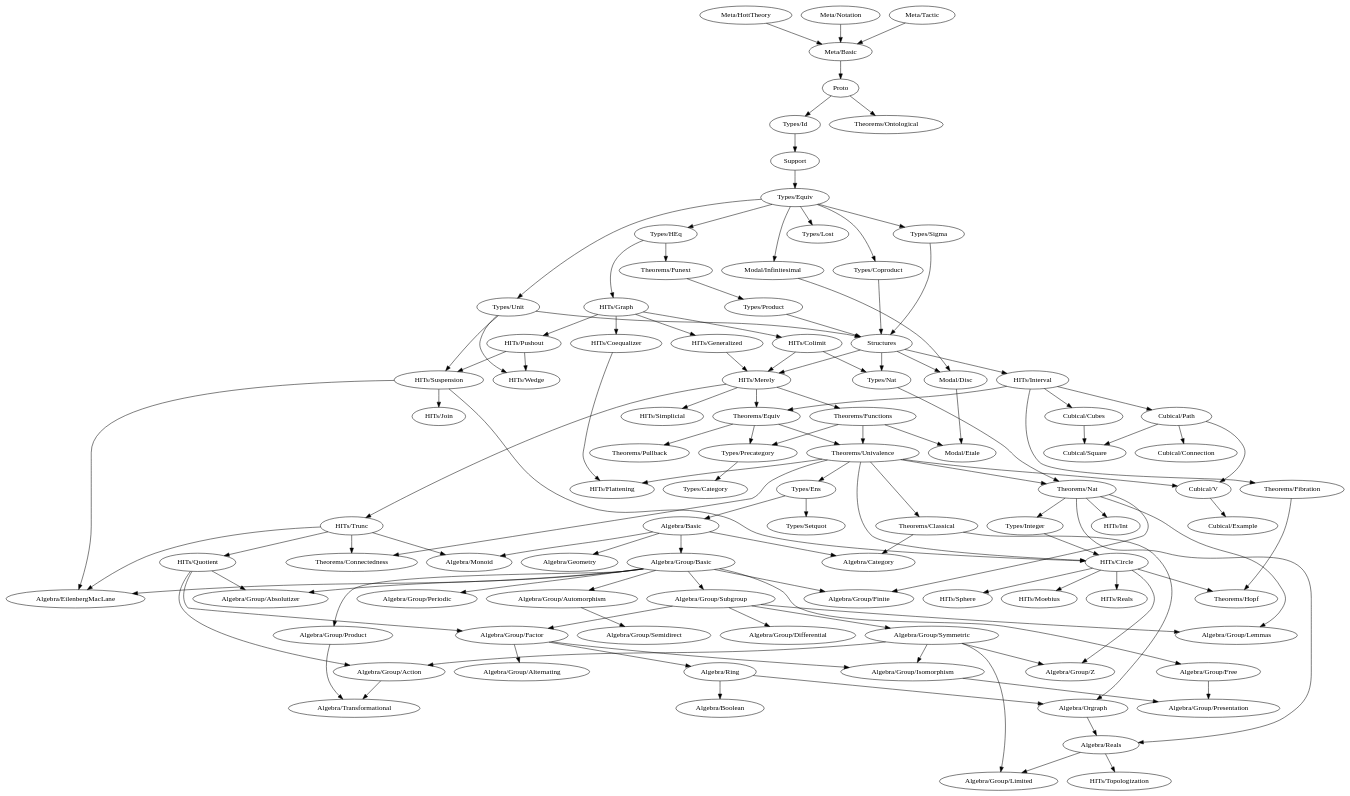
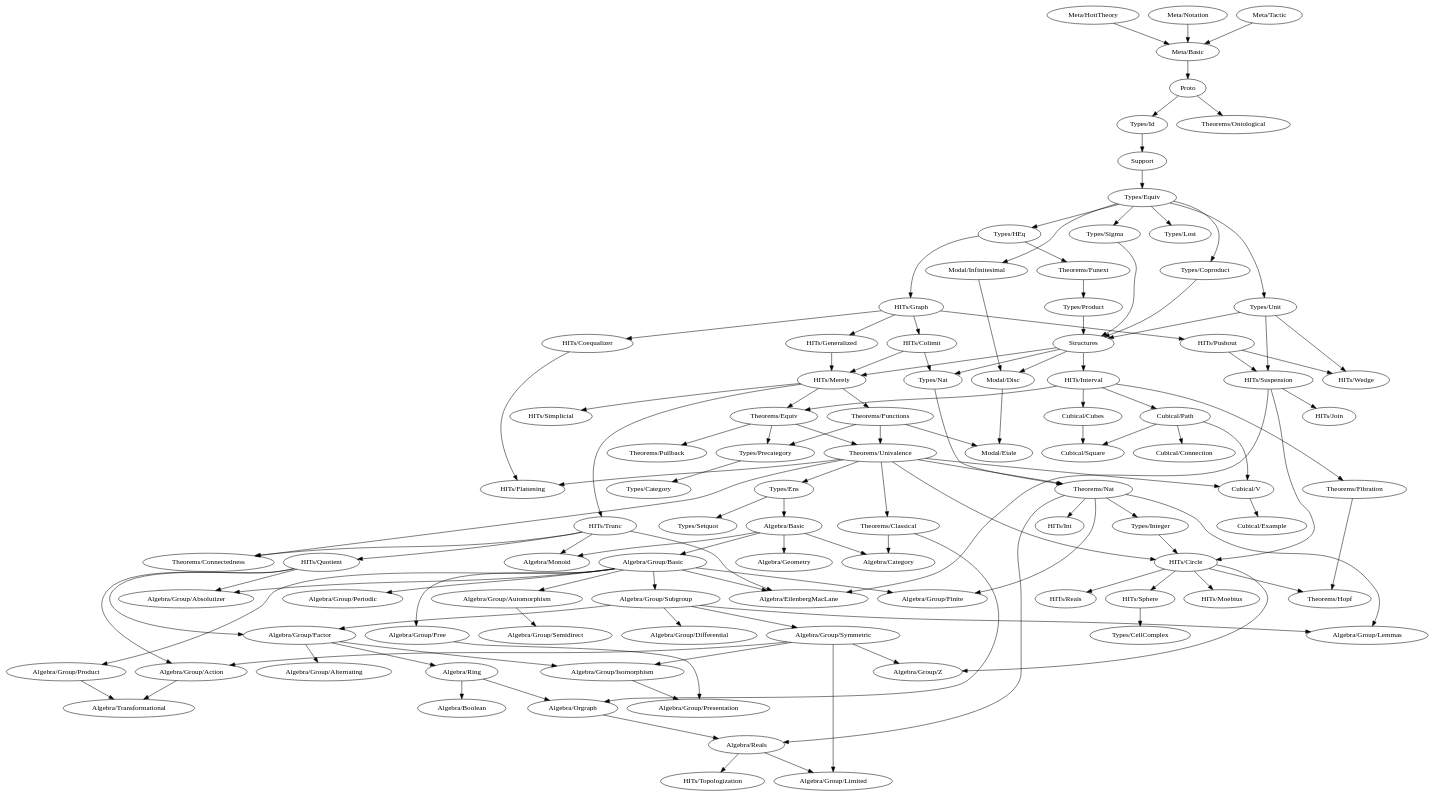
The diagram in dependency-map.gv (forked-from-1kasper/ground_zero), drawn with Graphviz before and after one commit. The commit also changed 2 other files, not shown here.

Commit message:
definition of cell complex

```diff
--- a/dependency-map.gv
+++ b/dependency-map.gv
@@ -73,6 +73,7 @@
 
   subgraph Types {
     "Types/Category"
+    "Types/CellComplex"
     "Types/Coproduct" -> { Structures }
     "Types/Id" -> { Support }
     "Types/Ens" -> { "Algebra/Basic", "Types/Setquot" }
@@ -140,8 +141,12 @@
     }
     "HITs/Reals"
     "HITs/Simplicial"
-    "HITs/Sphere"
-    "HITs/Suspension" -> { "Algebra/EilenbergMacLane", "HITs/Circle", "HITs/Join" }
+    "HITs/Sphere" -> { "Types/CellComplex" }
+    "HITs/Suspension" -> {
+      "Algebra/EilenbergMacLane",
+      "HITs/Circle",
+      "HITs/Join"
+    }
     "HITs/Topologization"
     "HITs/Trunc" -> {
       "Algebra/EilenbergMacLane",
```
